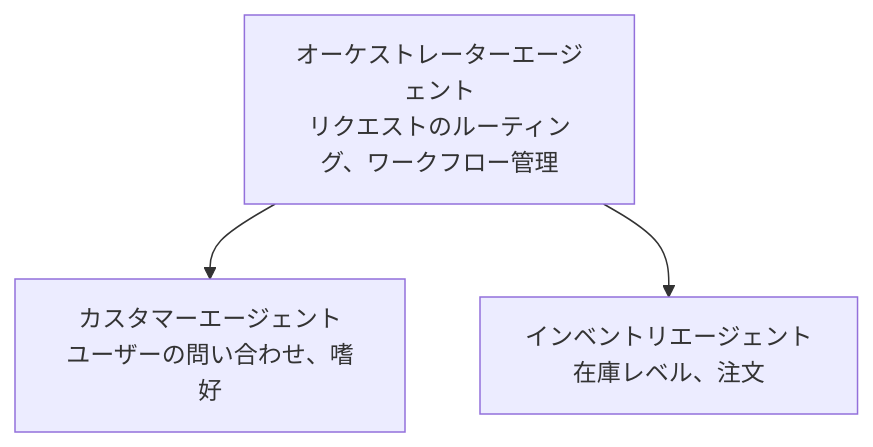
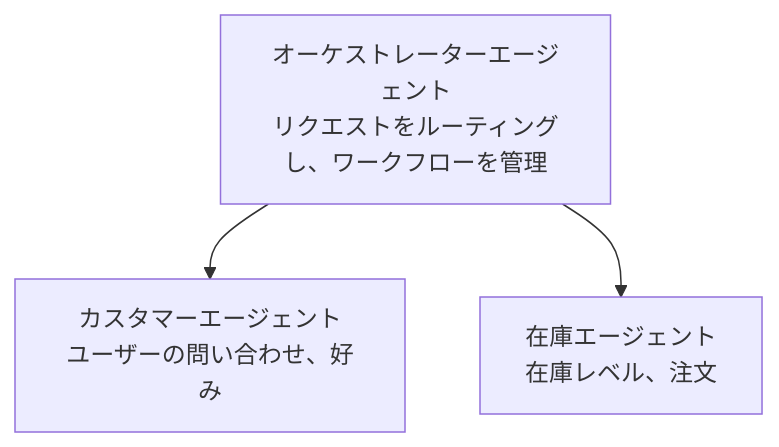
One commit to microsoft/AZD-for-beginners changed the diagram in translations/ja/docs/chapter-05-multi-agent/README.md. Above: the diagram before and after it, drawn with Mermaid. The commit also changed other lines of this file and 104 other files, not shown here.

````diff
--- a/translations/ja/docs/chapter-05-multi-agent/README.md
+++ b/translations/ja/docs/chapter-05-multi-agent/README.md
@@ -52,5 +54,5 @@
 ```mermaid
 graph TD
-    Orchestrator[オーケストレーターエージェント<br/>リクエストのルーティング、ワークフロー管理] --> Customer[カスタマーエージェント<br/>ユーザーの問い合わせ、嗜好]
-    Orchestrator --> Inventory[インベントリエージェント<br/>在庫レベル、注文]
+    Orchestrator[オーケストレーターエージェント<br/>リクエストをルーティングし、ワークフローを管理] --> Customer[カスタマーエージェント<br/>ユーザーの問い合わせ、好み]
+    Orchestrator --> Inventory[在庫エージェント<br/>在庫レベル、注文]
 ```
````
